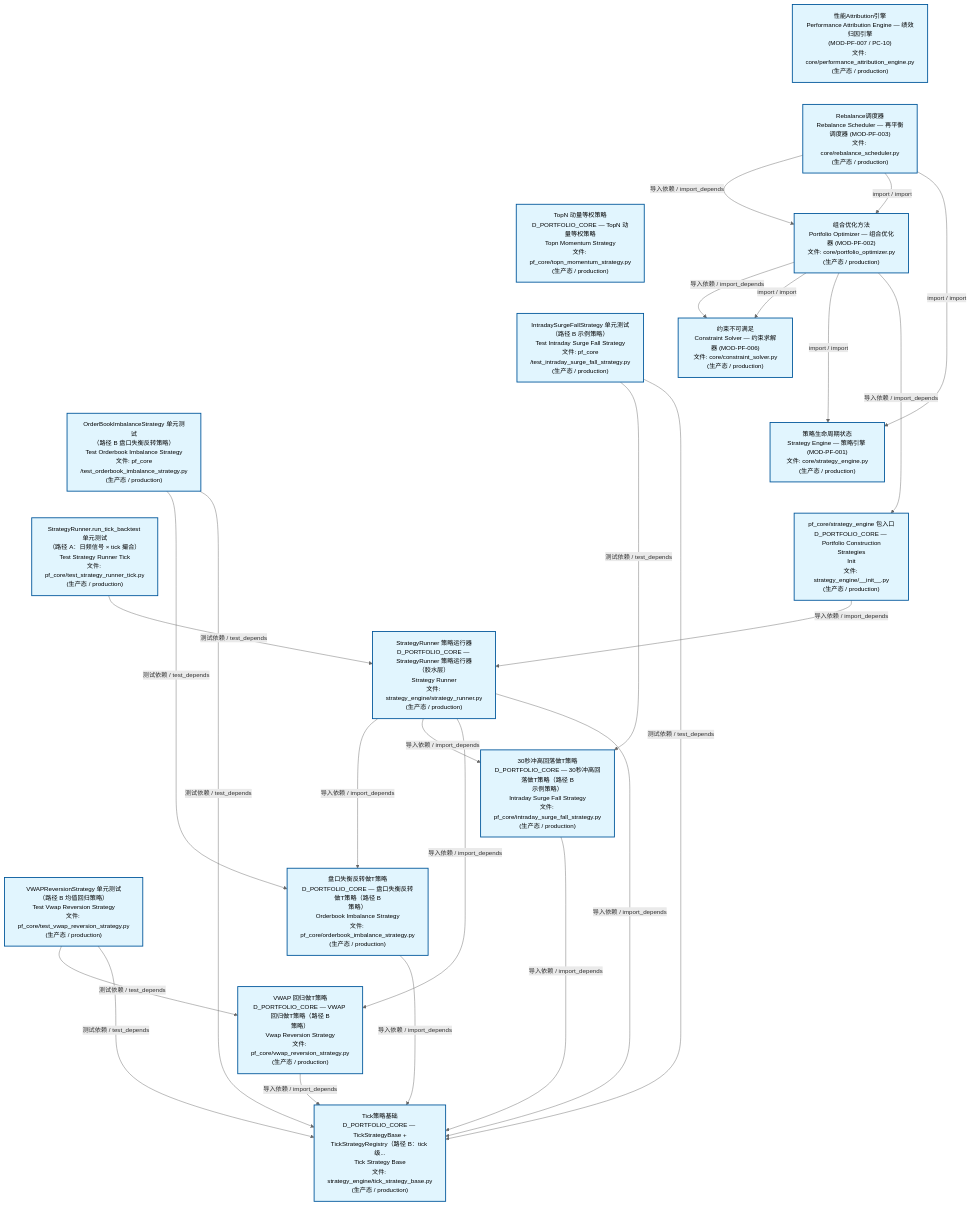
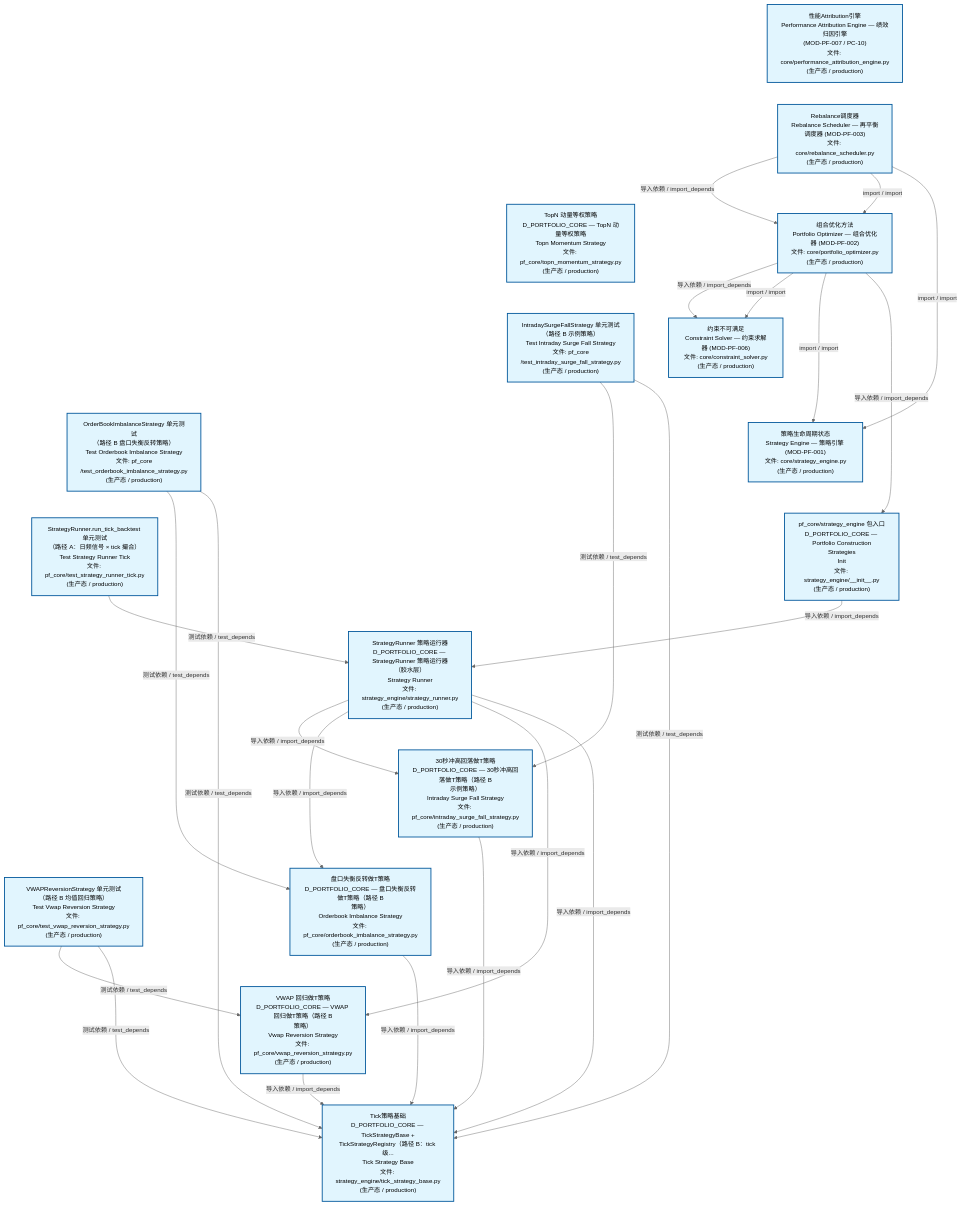
The second of 3 diagrams in docs/02_enterprise_architecture/02_domain_architecture_docs/63_d_pf_core.md (xuanFelixVan/ZephyrAlpha), drawn with Mermaid before and after one commit. The commit also changed other lines of this file and 48 other files, not shown here.

````diff
--- a/docs/02_enterprise_architecture/02_domain_architecture_docs/63_d_pf_core.md
+++ b/docs/02_enterprise_architecture/02_domain_architecture_docs/63_d_pf_core.md
@@ -141,57 +140,57 @@
 ```mermaid
 %%{init: {'theme': 'base', 'themeVariables': {'primaryColor': '#eaeaea', 'primaryTextColor': '#333333', 'primaryBorderColor': '#666666', 'lineColor': '#666666', 'secondaryColor': '#eaeaea', 'tertiaryColor': '#eaeaea', 'fontSize': '14px'}}}%%
 flowchart TD
     src_zephyr_pf_core_core_performance_attribution_engine_py["性能Attribution引擎<br/>Performance Attribution Engine — 绩效归因引擎<br/>(MOD-PF-007 / PC-10)<br/>文件: core/performance_attribution_engine.py<br/>(生产态 / production)"]
     src_zephyr_pf_core_core_rebalance_scheduler_py["Rebalance调度器<br/>Rebalance Scheduler — 再平衡调度器 (MOD-PF-003)<br/>文件: core/rebalance_scheduler.py<br/>(生产态 / production)"]
     src_zephyr_pf_core_topn_momentum_strategy_py["TopN 动量等权策略<br/>D_PORTFOLIO_CORE — TopN 动量等权策略<br/>Topn Momentum Strategy<br/>文件: pf_core/topn_momentum_strategy.py<br/>(生产态 / production)"]
     tests_pf_core_test_intraday_surge_fall_strategy_py["IntradaySurgeFallStrategy 单元测试<br/>（路径 B 示例策略）<br/>Test Intraday Surge Fall Strategy<br/>文件: pf_core<br/>/test_intraday_surge_fall_strategy.py<br/>(生产态 / production)"]
     tests_pf_core_test_orderbook_imbalance_strategy_py["OrderBookImbalanceStrategy 单元测试<br/>（路径 B 盘口失衡反转策略）<br/>Test Orderbook Imbalance Strategy<br/>文件: pf_core<br/>/test_orderbook_imbalance_strategy.py<br/>(生产态 / production)"]
     tests_pf_core_test_strategy_runner_tick_py["StrategyRunner.run_tick_backtest 单元测试<br/>（路径 A：日频信号 × tick 撮合）<br/>Test Strategy Runner Tick<br/>文件: pf_core/test_strategy_runner_tick.py<br/>(生产态 / production)"]
     tests_pf_core_test_vwap_reversion_strategy_py["VWAPReversionStrategy 单元测试<br/>（路径 B 均值回归策略）<br/>Test Vwap Reversion Strategy<br/>文件: pf_core/test_vwap_reversion_strategy.py<br/>(生产态 / production)"]
     src_zephyr_pf_core_core_performance_attribution_engine_py ~~~ src_zephyr_pf_core_core_rebalance_scheduler_py
     src_zephyr_pf_core_core_rebalance_scheduler_py ~~~ src_zephyr_pf_core_topn_momentum_strategy_py
     src_zephyr_pf_core_topn_momentum_strategy_py ~~~ tests_pf_core_test_intraday_surge_fall_strategy_py
     tests_pf_core_test_intraday_surge_fall_strategy_py ~~~ tests_pf_core_test_orderbook_imbalance_strategy_py
     tests_pf_core_test_orderbook_imbalance_strategy_py ~~~ tests_pf_core_test_strategy_runner_tick_py
     tests_pf_core_test_strategy_runner_tick_py ~~~ tests_pf_core_test_vwap_reversion_strategy_py
     src_zephyr_pf_core_core_portfolio_optimizer_py["组合优化方法<br/>Portfolio Optimizer — 组合优化器 (MOD-PF-002)<br/>文件: core/portfolio_optimizer.py<br/>(生产态 / production)"]
     src_zephyr_pf_core_core_constraint_solver_py["约束不可满足<br/>Constraint Solver — 约束求解器 (MOD-PF-006)<br/>文件: core/constraint_solver.py<br/>(生产态 / production)"]
     src_zephyr_pf_core_core_strategy_engine_py["策略生命周期状态<br/>Strategy Engine — 策略引擎 (MOD-PF-001)<br/>文件: core/strategy_engine.py<br/>(生产态 / production)"]
     src_zephyr_pf_core_strategy_engine_init_py["pf_core/strategy_engine 包入口<br/>D_PORTFOLIO_CORE — Portfolio Construction<br/>Strategies<br/>Init<br/>文件: strategy_engine/__init__.py<br/>(生产态 / production)"]
     src_zephyr_pf_core_core_constraint_solver_py ~~~ src_zephyr_pf_core_core_strategy_engine_py
     src_zephyr_pf_core_core_strategy_engine_py ~~~ src_zephyr_pf_core_strategy_engine_init_py
     src_zephyr_pf_core_strategy_engine_strategy_runner_py["StrategyRunner 策略运行器<br/>D_PORTFOLIO_CORE — StrategyRunner 策略运行器<br/>（胶水层）<br/>Strategy Runner<br/>文件: strategy_engine/strategy_runner.py<br/>(生产态 / production)"]
     src_zephyr_pf_core_intraday_surge_fall_strategy_py["30秒冲高回落做T策略<br/>D_PORTFOLIO_CORE — 30秒冲高回落做T策略（路径 B<br/>示例策略）<br/>Intraday Surge Fall Strategy<br/>文件: pf_core/intraday_surge_fall_strategy.py<br/>(生产态 / production)"]
     src_zephyr_pf_core_orderbook_imbalance_strategy_py["盘口失衡反转做T策略<br/>D_PORTFOLIO_CORE — 盘口失衡反转做T策略（路径 B<br/>策略）<br/>Orderbook Imbalance Strategy<br/>文件: pf_core/orderbook_imbalance_strategy.py<br/>(生产态 / production)"]
     src_zephyr_pf_core_vwap_reversion_strategy_py["VWAP 回归做T策略<br/>D_PORTFOLIO_CORE — VWAP 回归做T策略（路径 B<br/>策略）<br/>Vwap Reversion Strategy<br/>文件: pf_core/vwap_reversion_strategy.py<br/>(生产态 / production)"]
     src_zephyr_pf_core_intraday_surge_fall_strategy_py ~~~ src_zephyr_pf_core_orderbook_imbalance_strategy_py
     src_zephyr_pf_core_orderbook_imbalance_strategy_py ~~~ src_zephyr_pf_core_vwap_reversion_strategy_py
     src_zephyr_pf_core_strategy_engine_tick_strategy_base_py["Tick策略基础<br/>D_PORTFOLIO_CORE — TickStrategyBase +<br/>TickStrategyRegistry（路径 B：tick 级...<br/>Tick Strategy Base<br/>文件: strategy_engine/tick_strategy_base.py<br/>(生产态 / production)"]
+    src_zephyr_pf_core_intraday_surge_fall_strategy_py -->|导入依赖 / import_depends| src_zephyr_pf_core_strategy_engine_tick_strategy_base_py
     src_zephyr_pf_core_orderbook_imbalance_strategy_py -->|导入依赖 / import_depends| src_zephyr_pf_core_strategy_engine_tick_strategy_base_py
-    src_zephyr_pf_core_intraday_surge_fall_strategy_py -->|导入依赖 / import_depends| src_zephyr_pf_core_strategy_engine_tick_strategy_base_py
+    src_zephyr_pf_core_vwap_reversion_strategy_py -->|导入依赖 / import_depends| src_zephyr_pf_core_strategy_engine_tick_strategy_base_py
     src_zephyr_pf_core_core_portfolio_optimizer_py -->|导入依赖 / import_depends| src_zephyr_pf_core_core_constraint_solver_py
     src_zephyr_pf_core_core_portfolio_optimizer_py -->|import / import| src_zephyr_pf_core_core_constraint_solver_py
     src_zephyr_pf_core_core_portfolio_optimizer_py -->|import / import| src_zephyr_pf_core_core_strategy_engine_py
     src_zephyr_pf_core_core_portfolio_optimizer_py -->|导入依赖 / import_depends| src_zephyr_pf_core_strategy_engine_init_py
-    src_zephyr_pf_core_vwap_reversion_strategy_py -->|导入依赖 / import_depends| src_zephyr_pf_core_strategy_engine_tick_strategy_base_py
     src_zephyr_pf_core_core_rebalance_scheduler_py -->|导入依赖 / import_depends| src_zephyr_pf_core_core_portfolio_optimizer_py
     src_zephyr_pf_core_core_rebalance_scheduler_py -->|import / import| src_zephyr_pf_core_core_portfolio_optimizer_py
     src_zephyr_pf_core_core_rebalance_scheduler_py -->|import / import| src_zephyr_pf_core_core_strategy_engine_py
-    src_zephyr_pf_core_strategy_engine_init_py -->|导入依赖 / import_depends| src_zephyr_pf_core_strategy_engine_strategy_runner_py
+    src_zephyr_pf_core_strategy_engine_strategy_runner_py -->|导入依赖 / import_depends| src_zephyr_pf_core_intraday_surge_fall_strategy_py
     src_zephyr_pf_core_strategy_engine_strategy_runner_py -->|导入依赖 / import_depends| src_zephyr_pf_core_orderbook_imbalance_strategy_py
-    src_zephyr_pf_core_strategy_engine_strategy_runner_py -->|导入依赖 / import_depends| src_zephyr_pf_core_intraday_surge_fall_strategy_py
     src_zephyr_pf_core_strategy_engine_strategy_runner_py -->|导入依赖 / import_depends| src_zephyr_pf_core_vwap_reversion_strategy_py
     src_zephyr_pf_core_strategy_engine_strategy_runner_py -->|导入依赖 / import_depends| src_zephyr_pf_core_strategy_engine_tick_strategy_base_py
+    src_zephyr_pf_core_strategy_engine_init_py -->|导入依赖 / import_depends| src_zephyr_pf_core_strategy_engine_strategy_runner_py
     tests_pf_core_test_intraday_surge_fall_strategy_py -->|测试依赖 / test_depends| src_zephyr_pf_core_intraday_surge_fall_strategy_py
     tests_pf_core_test_intraday_surge_fall_strategy_py -->|测试依赖 / test_depends| src_zephyr_pf_core_strategy_engine_tick_strategy_base_py
     tests_pf_core_test_orderbook_imbalance_strategy_py -->|测试依赖 / test_depends| src_zephyr_pf_core_orderbook_imbalance_strategy_py
     tests_pf_core_test_orderbook_imbalance_strategy_py -->|测试依赖 / test_depends| src_zephyr_pf_core_strategy_engine_tick_strategy_base_py
+    tests_pf_core_test_strategy_runner_tick_py -->|测试依赖 / test_depends| src_zephyr_pf_core_strategy_engine_strategy_runner_py
     tests_pf_core_test_vwap_reversion_strategy_py -->|测试依赖 / test_depends| src_zephyr_pf_core_vwap_reversion_strategy_py
     tests_pf_core_test_vwap_reversion_strategy_py -->|测试依赖 / test_depends| src_zephyr_pf_core_strategy_engine_tick_strategy_base_py
-    tests_pf_core_test_strategy_runner_tick_py -->|测试依赖 / test_depends| src_zephyr_pf_core_strategy_engine_strategy_runner_py
     classDef production fill:#e1f5fe,stroke:#01579b,stroke-width:2px,color:#000
     classDef design fill:#fff3e0,stroke:#e65100,stroke-width:2px,color:#000,stroke-dasharray: 5 5
     classDef external_prod fill:#e8f4fd,stroke:#0277bd,stroke-width:1px,color:#000
     classDef external_design fill:#fff8e7,stroke:#ef6c00,stroke-width:1px,color:#000,stroke-dasharray: 5 5
     class src_zephyr_pf_core_core_constraint_solver_py,src_zephyr_pf_core_core_performance_attribution_engine_py,src_zephyr_pf_core_core_portfolio_optimizer_py,src_zephyr_pf_core_core_rebalance_scheduler_py,src_zephyr_pf_core_core_strategy_engine_py,src_zephyr_pf_core_intraday_surge_fall_strategy_py,src_zephyr_pf_core_orderbook_imbalance_strategy_py,src_zephyr_pf_core_strategy_engine_init_py,src_zephyr_pf_core_strategy_engine_strategy_runner_py,src_zephyr_pf_core_strategy_engine_tick_strategy_base_py,src_zephyr_pf_core_topn_momentum_strategy_py,src_zephyr_pf_core_vwap_reversion_strategy_py,tests_pf_core_test_intraday_surge_fall_strategy_py,tests_pf_core_test_orderbook_imbalance_strategy_py,tests_pf_core_test_strategy_runner_tick_py,tests_pf_core_test_vwap_reversion_strategy_py production
 ```
````
